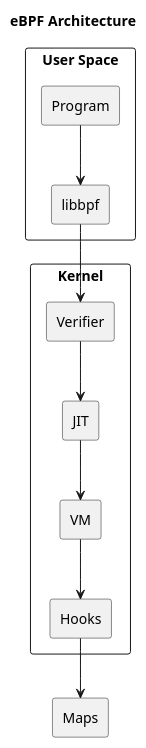
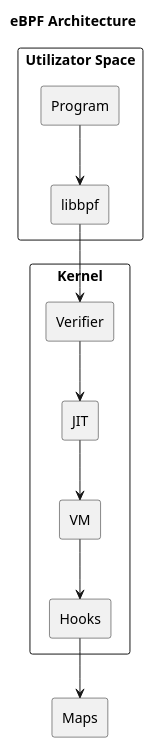
The diagram in 05_LECTURES/17supp-Kernel_Level_OS_Programming/diagrams/02_ebpf_architecture.puml (antonioclim/ENos), drawn with PlantUML before and after one commit. The commit also changed 32 other files, not shown here.

```diff
--- a/05_LECTURES/17supp-Kernel_Level_OS_Programming/diagrams/02_ebpf_architecture.puml
+++ b/05_LECTURES/17supp-Kernel_Level_OS_Programming/diagrams/02_ebpf_architecture.puml
@@ -1,20 +1,20 @@
 @startuml
 title eBPF Architecture
-rectangle "User Space" {
+rectangle "Utilizator Space" {
   rectangle "Program"
   rectangle "libbpf"
 }
 rectangle "Kernel" {
   rectangle "Verifier"
   rectangle "JIT"
   rectangle "VM"
   rectangle "Hooks"
 }
 rectangle "Maps"
 Program --> libbpf
 libbpf --> Verifier
 Verifier --> JIT
 JIT --> VM
 VM --> Hooks
 Hooks --> Maps
 @enduml
```
